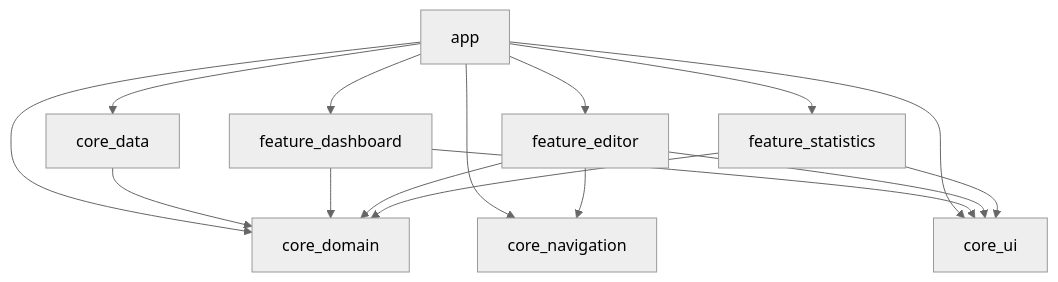
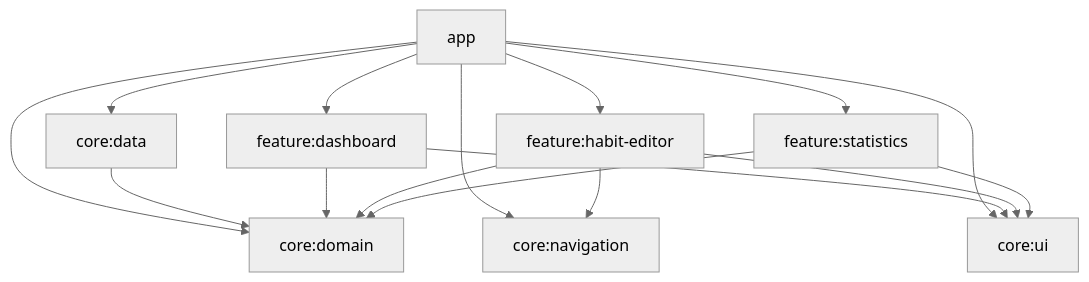
The diagram in README.md (nevrmd/lockn-app), drawn with Mermaid (neutral theme) before and after one commit. The commit also changed other lines of this file, not shown here.

````diff
--- a/README.md
+++ b/README.md
@@ -37,18 +36,18 @@
 ```mermaid
 graph TD
-    app --> core_data
-    app --> core_domain
-    app --> core_navigation
-    app --> core_ui
-    app --> feature_dashboard
-    app --> feature_editor
-    app --> feature_statistics
+    app["app"] --> core_data["core:data"]
+    app --> core_domain["core:domain"]
+    app --> core_navigation["core:navigation"]
+    app --> core_ui["core:ui"]
+    app --> feature_dashboard["feature:dashboard"]
+    app --> feature_habit_editor["feature:habit-editor"]
+    app --> feature_statistics["feature:statistics"]
     core_data --> core_domain
     feature_dashboard --> core_domain
     feature_dashboard --> core_ui
-    feature_editor --> core_domain
-    feature_editor --> core_navigation
-    feature_editor --> core_ui
+    feature_habit_editor --> core_domain
+    feature_habit_editor --> core_navigation
+    feature_habit_editor --> core_ui
     feature_statistics --> core_domain
     feature_statistics --> core_ui
 ```
````
